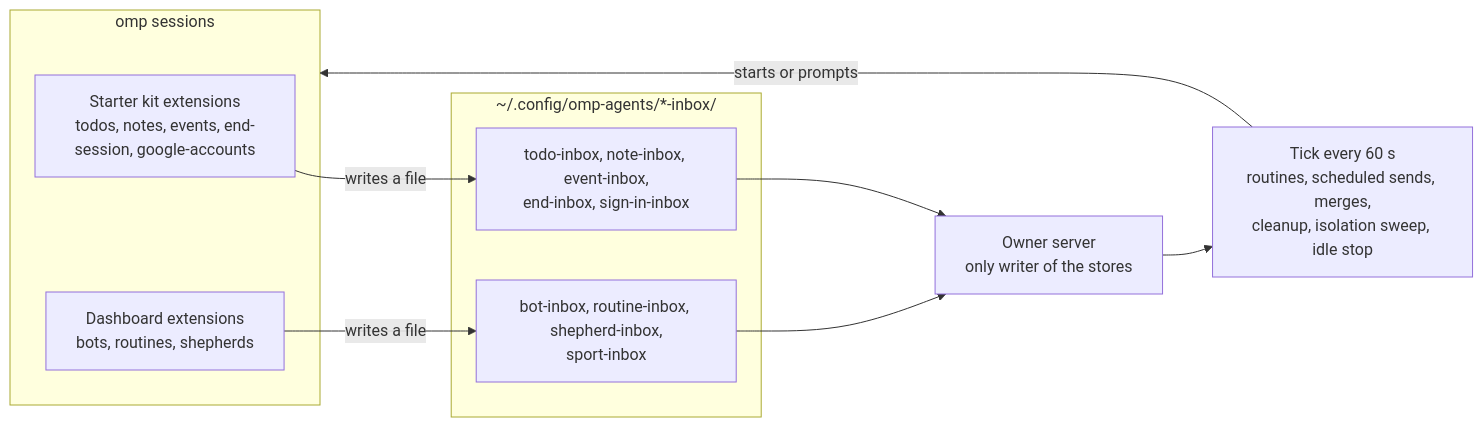
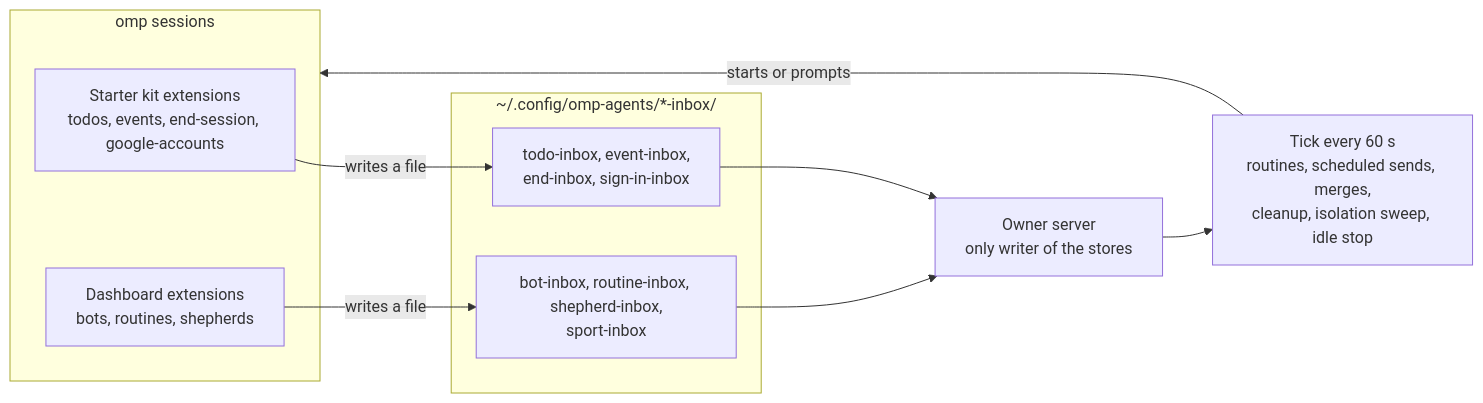
The fourth of 5 diagrams in docs/architecture/harness-map.md (MaisonnatM/omp-agents), drawn with Mermaid before and after one commit. The commit also changed 88 other files, not shown here.

````diff
--- a/docs/architecture/harness-map.md
+++ b/docs/architecture/harness-map.md
@@ -72,17 +72,17 @@
 ```mermaid
 flowchart LR
   subgraph sessions["omp sessions"]
-    kit["Starter kit extensions<br/>todos, notes, events, end-session, google-accounts"]
+    kit["Starter kit extensions<br/>todos, events, end-session, google-accounts"]
     dashx["Dashboard extensions<br/>bots, routines, shepherds"]
   end
   subgraph inboxes["~/.config/omp-agents/*-inbox/"]
-    i1["todo-inbox, note-inbox, event-inbox,<br/>end-inbox, sign-in-inbox"]
+    i1["todo-inbox, event-inbox,<br/>end-inbox, sign-in-inbox"]
     i2["bot-inbox, routine-inbox, shepherd-inbox,<br/>sport-inbox"]
   end
   kit -->|writes a file| i1
   dashx -->|writes a file| i2
   i1 --> owner["Owner server<br/>only writer of the stores"]
   i2 --> owner
   owner --> tick["Tick every 60 s<br/>routines, scheduled sends, merges,<br/>cleanup, isolation sweep, idle stop"]
   tick -->|starts or prompts| sessions
 ```
````
